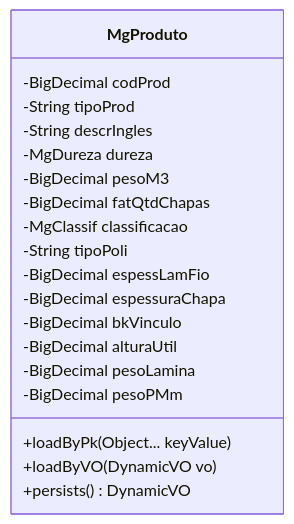
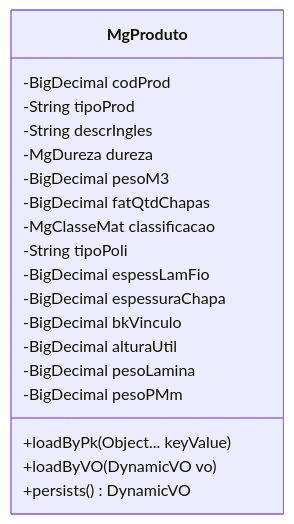
Before and after one commit to cbmsoft/margrandocs: the second of 2 diagrams in docs/_database/TMGPRODUTO.md, drawn with Mermaid. The commit also changed other lines of this file and 2 other files, not shown here.

````diff
--- a/docs/_database/TMGPRODUTO.md
+++ b/docs/_database/TMGPRODUTO.md
@@ -72,22 +72,22 @@
 ``` mermaid
 classDiagram
     class MgProduto{
       -BigDecimal codProd
       -String tipoProd
       -String descrIngles
       -MgDureza dureza
       -BigDecimal pesoM3
       -BigDecimal fatQtdChapas
-      -MgClassif classificacao
+      -MgClasseMat classificacao
       -String tipoPoli
       -BigDecimal espessLamFio
       -BigDecimal espessuraChapa
       -BigDecimal bkVinculo
       -BigDecimal alturaUtil
       -BigDecimal pesoLamina
       -BigDecimal pesoPMm
       +loadByPk(Object... keyValue)
       +loadByVO(DynamicVO vo)
       +persists() DynamicVO
     }
 ```
````
